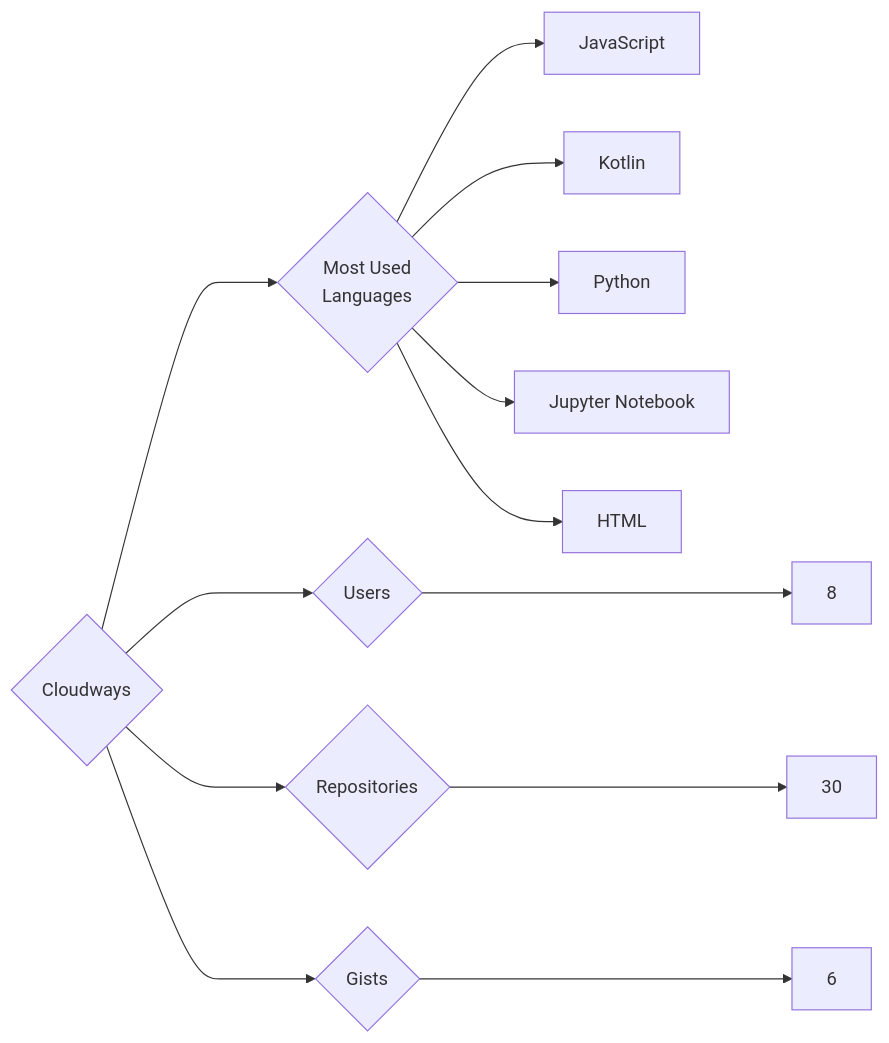
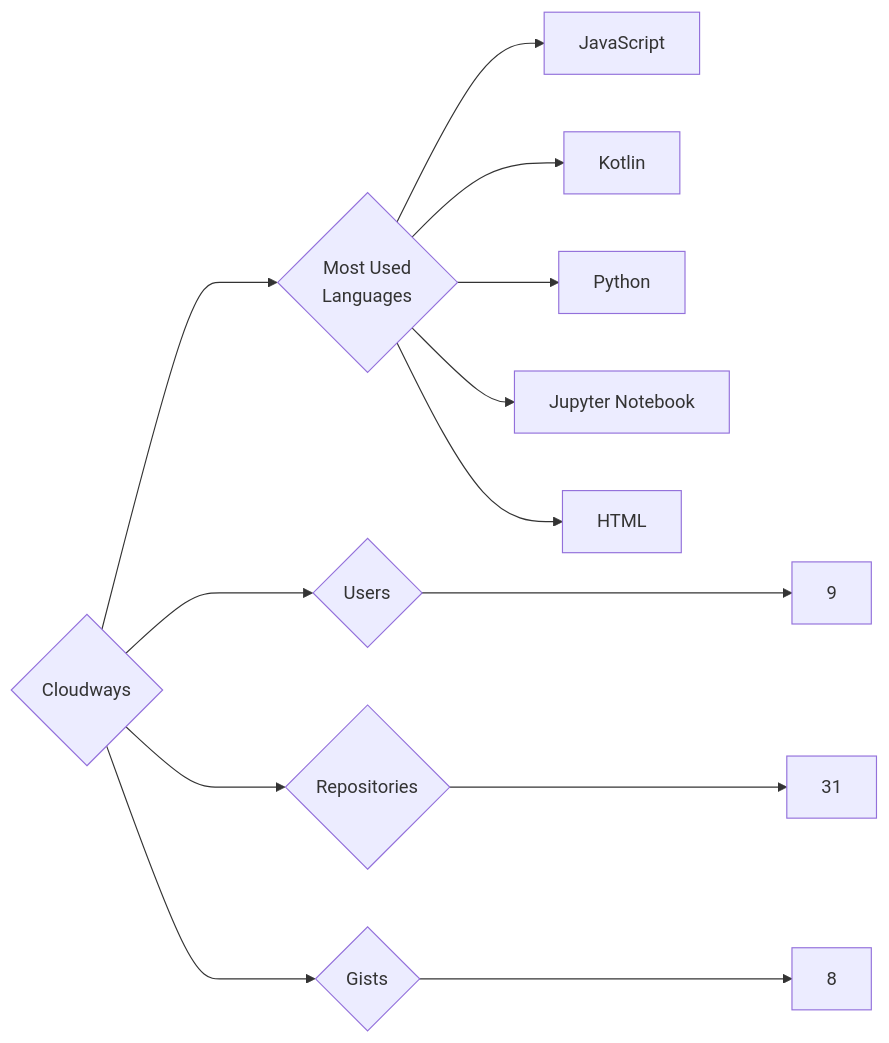
Before and after one commit to trickest/insiders: the diagram in targets/Cloudways/README.md, drawn with Mermaid. The commit also changed 988 other files, not shown here.

````diff
--- a/targets/Cloudways/README.md
+++ b/targets/Cloudways/README.md
@@ -3,13 +3,13 @@
 ```mermaid
 graph LR
 COMPANY_NAME{Cloudways}
-COMPANY_NAME ---> U{Users} ---> UN[8]
-COMPANY_NAME ---> R{Repositories} ---> RN[30]
-COMPANY_NAME ---> G{Gists} ---> GN[6]
+COMPANY_NAME ---> U{Users} ---> UN[9]
+COMPANY_NAME ---> R{Repositories} ---> RN[31]
+COMPANY_NAME ---> G{Gists} ---> GN[8]
 COMPANY_NAME ---> ML{Most Used<br>Languages}
 ML --> JavaScript[JavaScript]
 ML --> Kotlin[Kotlin]
 ML --> Python[Python]
 ML --> Jupyter_Notebook[Jupyter Notebook]
 ML --> HTML[HTML]
 ```
````
